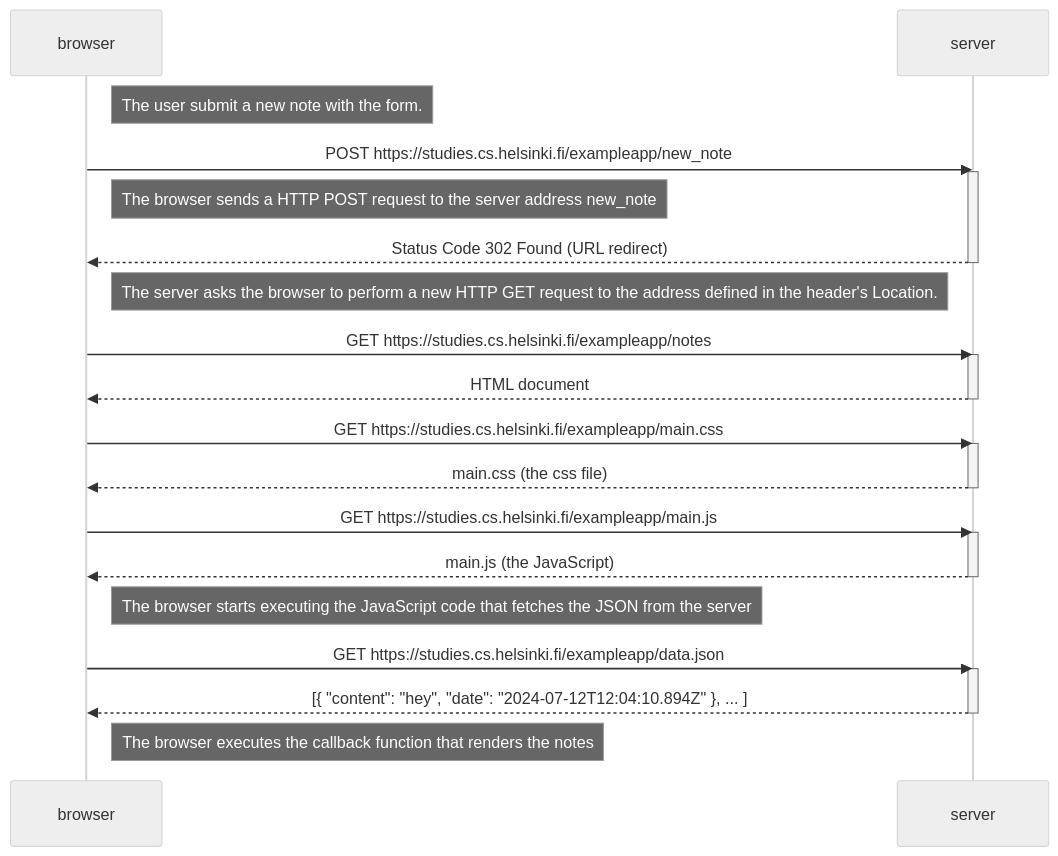
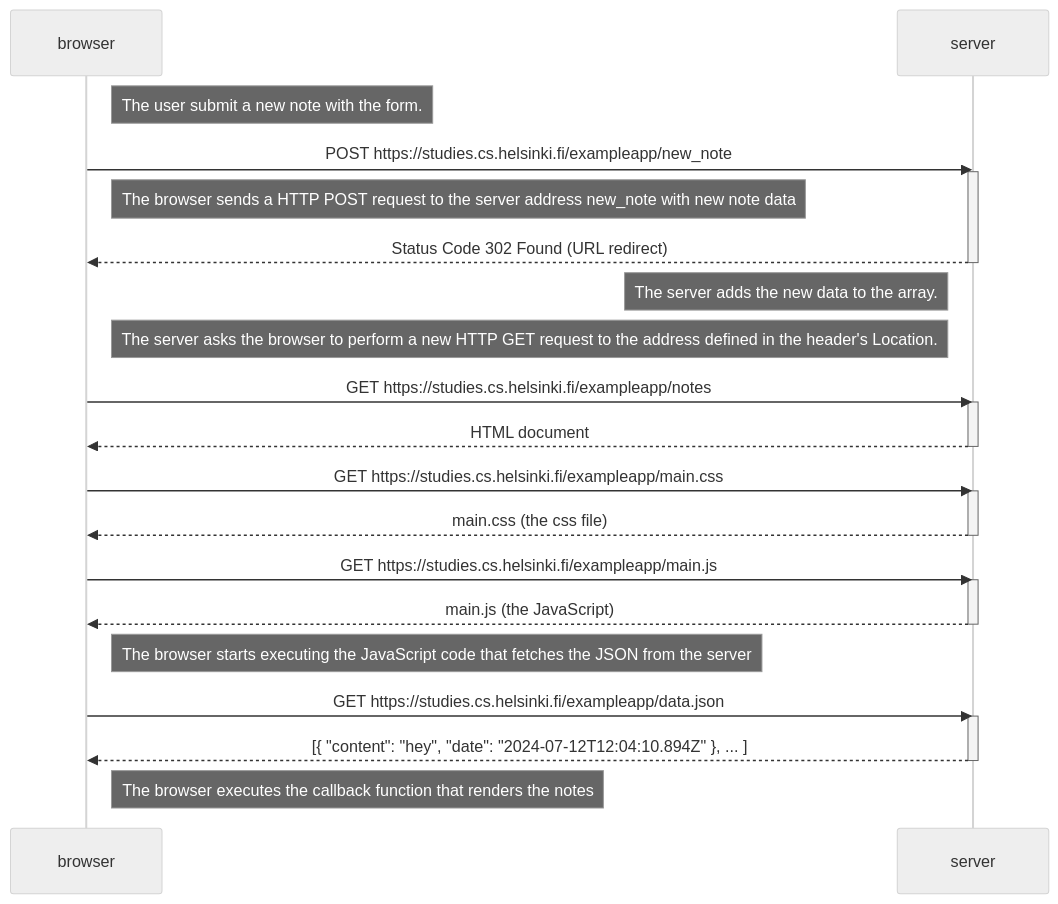
One commit to XXChen914/Part0 changed the diagram in 0.4-new-note-diagram.md. Above: the diagram before and after it, drawn with Mermaid (neutral theme).

````diff
--- a/0.4-new-note-diagram.md
+++ b/0.4-new-note-diagram.md
@@ -1,41 +1,42 @@
 ```mermaid
 sequenceDiagram
     participant browser
     participant server
 
     Note right of browser: The user submit a new note with the form.
 
     browser->>server: POST https://studies.cs.helsinki.fi/exampleapp/new_note
     activate server
 
-    Note right of browser: The browser sends a HTTP POST request to the server address new_note
+    Note right of browser: The browser sends a HTTP POST request to the server address new_note with new note data
 
     server-->>browser: Status Code 302 Found (URL redirect)
     deactivate server
 
+    Note left of server: The server adds the new data to the array.
     Note left of server: The server asks the browser to perform a new HTTP GET request to the address defined in the header's Location.
 
     browser->>server: GET https://studies.cs.helsinki.fi/exampleapp/notes
     activate server
     server-->>browser: HTML document
     deactivate server
 
     browser->>server: GET https://studies.cs.helsinki.fi/exampleapp/main.css
     activate server
     server-->>browser: main.css (the css file)
     deactivate server
 
     browser->>server: GET https://studies.cs.helsinki.fi/exampleapp/main.js
     activate server
     server-->>browser: main.js (the JavaScript)
     deactivate server
 
     Note right of browser: The browser starts executing the JavaScript code that fetches the JSON from the server
 
     browser->>server: GET https://studies.cs.helsinki.fi/exampleapp/data.json
     activate server
     server-->>browser: [{ "content": "hey", "date": "2024-07-12T12:04:10.894Z" }, ... ]
     deactivate server
 
     Note right of browser: The browser executes the callback function that renders the notes
 ```
````
